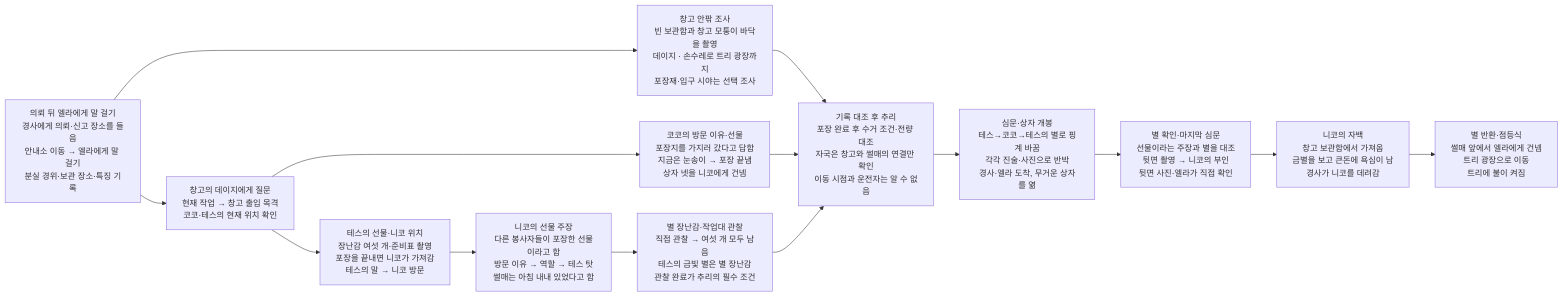
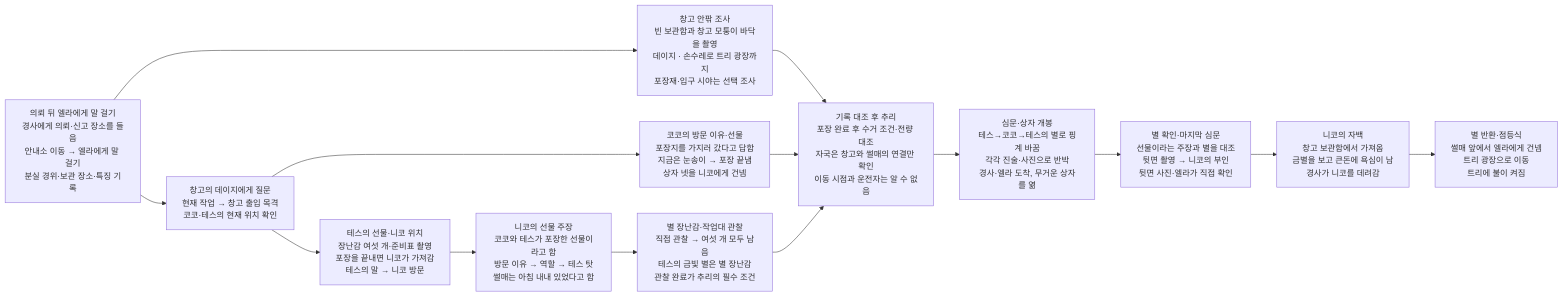
One commit to wonny95/detective-v2 changed the second of 2 diagrams in design/case-10-christmas-star.md. Above: the diagram before and after it, drawn with Mermaid. The commit also changed other lines of this file and 63 other files, not shown here.

````diff
--- a/design/case-10-christmas-star.md
+++ b/design/case-10-christmas-star.md
@@ -49,28 +49,28 @@
 ```mermaid
 flowchart LR
     s1["의뢰 뒤 엘라에게 말 걸기<br/>경사에게 의뢰·신고 장소를 들음<br/>안내소 이동 → 엘라에게 말 걸기<br/>분실 경위·보관 장소·특징 기록"]
     s2["창고의 데이지에게 질문<br/>현재 작업 → 창고 출입 목격<br/>코코·테스의 현재 위치 확인"]
     s3["창고 안팎 조사<br/>빈 보관함과 창고 모퉁이 바닥을 촬영<br/>데이지 · 손수레로 트리 광장까지<br/>포장재·입구 시야는 선택 조사"]
     s4["코코의 방문 이유·선물<br/>포장지를 가지러 갔다고 답함<br/>지금은 눈송이 → 포장 끝냄<br/>상자 넷을 니코에게 건넴"]
     s5["테스의 선물·니코 위치<br/>장난감 여섯 개·준비표 촬영<br/>포장을 끝내면 니코가 가져감<br/>테스의 말 → 니코 방문"]
-    s6["니코의 선물 주장<br/>다른 봉사자들이 포장한 선물이라고 함<br/>방문 이유 → 역할 → 테스 탓<br/>썰매는 아침 내내 있었다고 함"]
+    s6["니코의 선물 주장<br/>코코와 테스가 포장한 선물이라고 함<br/>방문 이유 → 역할 → 테스 탓<br/>썰매는 아침 내내 있었다고 함"]
     s7["별 장난감·작업대 관찰<br/>직접 관찰 → 여섯 개 모두 남음<br/>테스의 금빛 별은 별 장난감<br/>관찰 완료가 추리의 필수 조건"]
     s8["기록 대조 후 추리<br/>포장 완료 후 수거 조건·전량 대조<br/>자국은 창고와 썰매의 연결만 확인<br/>이동 시점과 운전자는 알 수 없음"]
     s9["심문·상자 개봉<br/>테스→코코→테스의 별로 핑계 바꿈<br/>각각 진술·사진으로 반박<br/>경사·엘라 도착, 무거운 상자를 엶"]
     s10["별 확인·마지막 심문<br/>선물이라는 주장과 별을 대조<br/>뒷면 촬영 → 니코의 부인<br/>뒷면 사진·엘라가 직접 확인"]
     s11["니코의 자백<br/>창고 보관함에서 가져옴<br/>금별을 보고 큰돈에 욕심이 남<br/>경사가 니코를 데려감"]
     s12["별 반환·점등식<br/>썰매 앞에서 엘라에게 건넴<br/>트리 광장으로 이동<br/>트리에 불이 켜짐"]
     s1 --> s2
     s1 --> s3
     s2 --> s4
     s2 --> s5
     s3 --> s8
     s4 --> s8
     s5 --> s6
     s6 --> s7
     s7 --> s8
     s8 --> s9
     s9 --> s10
     s10 --> s11
     s11 --> s12
 ```
````
